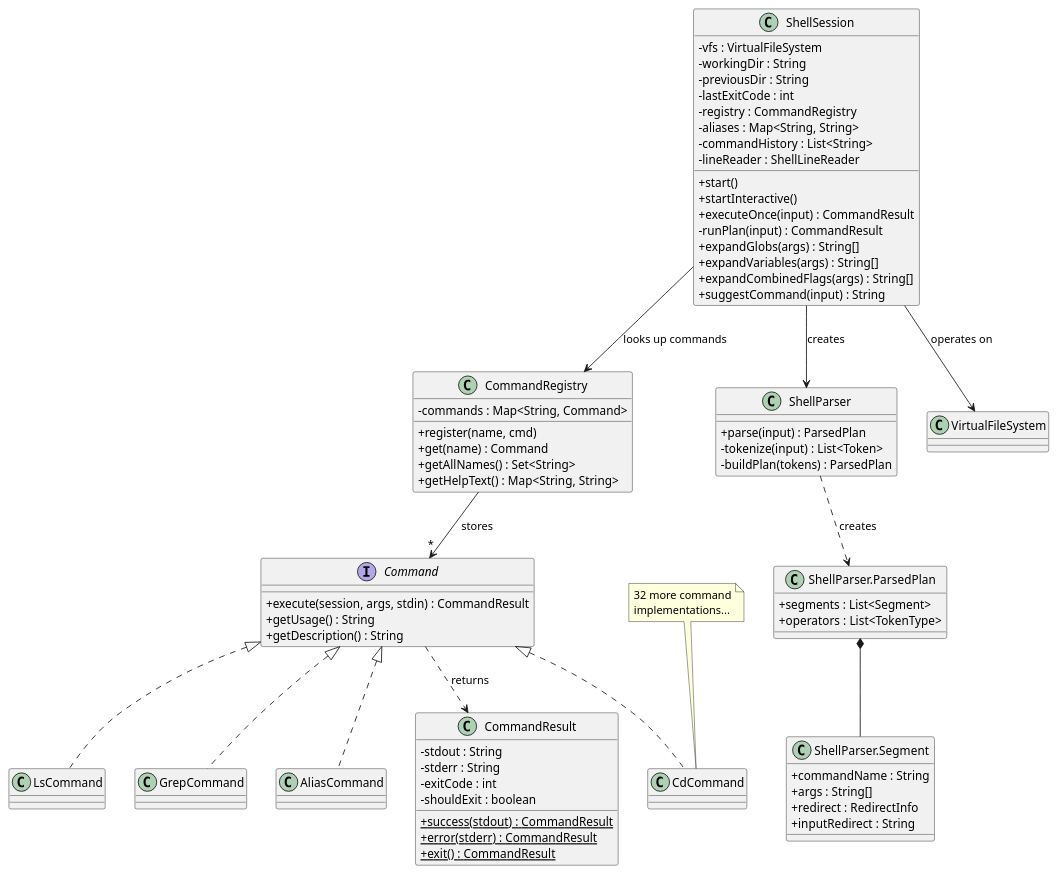
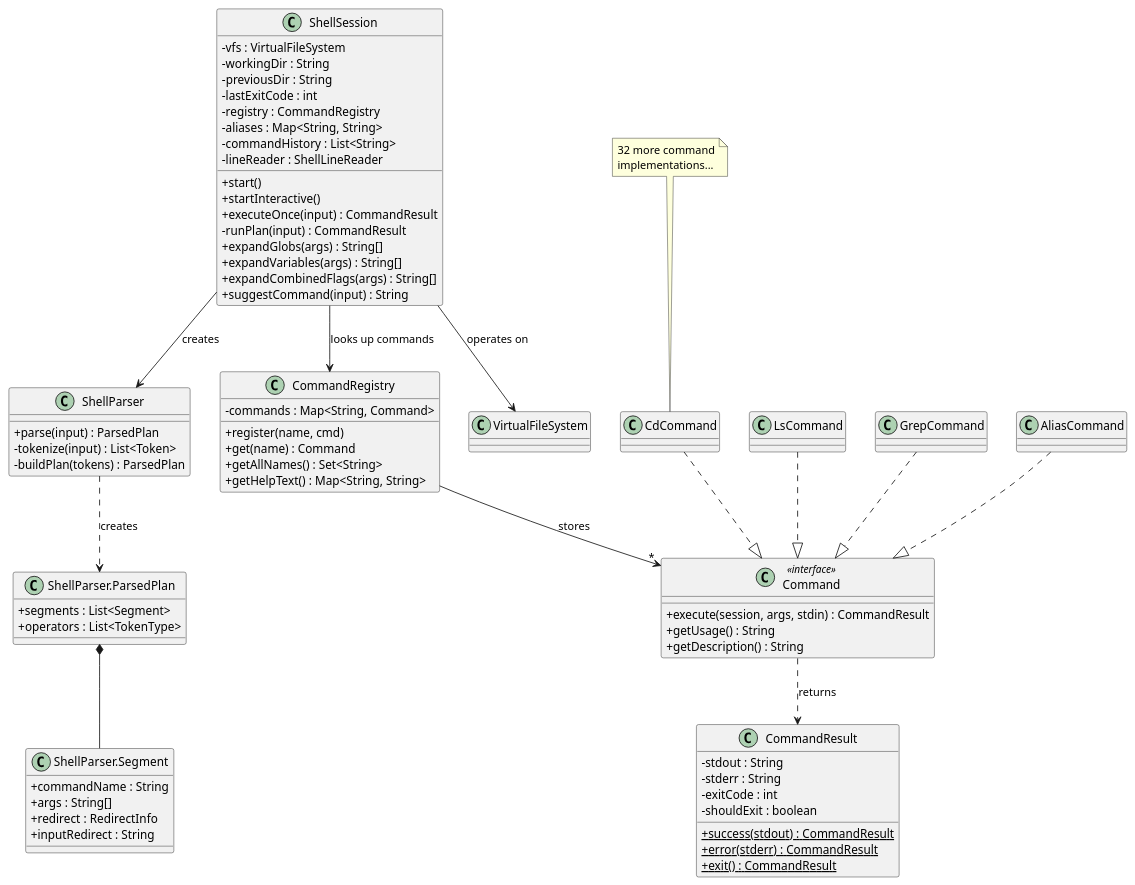
One commit to Novgor0d/tp changed the diagram in docs/diagrams/ShellClassDiagram.puml. Above: the diagram before and after it, drawn with PlantUML. The commit also changed 8 other files, not shown here.

First line of the commit message:
Fix UML diagram issues #119, #120, #121, #122

```diff
--- a/docs/diagrams/ShellClassDiagram.puml
+++ b/docs/diagrams/ShellClassDiagram.puml
@@ -1,79 +1,83 @@
 @startuml ShellClassDiagram
 skinparam classAttributeIconSize 0
 
-interface Command {
+class Command <<interface>> {
     + execute(session, args, stdin) : CommandResult
     + getUsage() : String
     + getDescription() : String
 }
 
 class CommandResult {
     - stdout : String
     - stderr : String
     - exitCode : int
     - shouldExit : boolean
     + {static} success(stdout) : CommandResult
     + {static} error(stderr) : CommandResult
     + {static} exit() : CommandResult
 }
 
 class ShellParser {
     + parse(input) : ParsedPlan
     - tokenize(input) : List<Token>
     - buildPlan(tokens) : ParsedPlan
 }
 
 class "ShellParser.ParsedPlan" as ParsedPlan {
     + segments : List<Segment>
     + operators : List<TokenType>
 }
 
 class "ShellParser.Segment" as Segment {
     + commandName : String
     + args : String[]
     + redirect : RedirectInfo
     + inputRedirect : String
 }
 
 class ShellSession {
     - vfs : VirtualFileSystem
     - workingDir : String
     - previousDir : String
     - lastExitCode : int
     - registry : CommandRegistry
     - aliases : Map<String, String>
     - commandHistory : List<String>
     - lineReader : ShellLineReader
     + start()
     + startInteractive()
     + executeOnce(input) : CommandResult
     - runPlan(input) : CommandResult
     + expandGlobs(args) : String[]
     + expandVariables(args) : String[]
     + expandCombinedFlags(args) : String[]
     + suggestCommand(input) : String
 }
 
 class CommandRegistry {
     - commands : Map<String, Command>
     + register(name, cmd)
     + get(name) : Command
     + getAllNames() : Set<String>
     + getHelpText() : Map<String, String>
 }
 
 ShellSession --> ShellParser : creates
 ShellSession --> CommandRegistry : looks up commands
 ShellSession --> VirtualFileSystem : operates on
 ShellParser ..> ParsedPlan : creates
 ParsedPlan *-- Segment
 CommandRegistry --> "*" Command : stores
 Command ..> CommandResult : returns
 
-class CdCommand implements Command
-class LsCommand implements Command
-class GrepCommand implements Command
-class AliasCommand implements Command
+class CdCommand
+class LsCommand
+class GrepCommand
+class AliasCommand
+CdCommand ..|> Command
+LsCommand ..|> Command
+GrepCommand ..|> Command
+AliasCommand ..|> Command
 note "32 more command\nimplementations..." as N1
 N1 .. CdCommand
 @enduml
```
